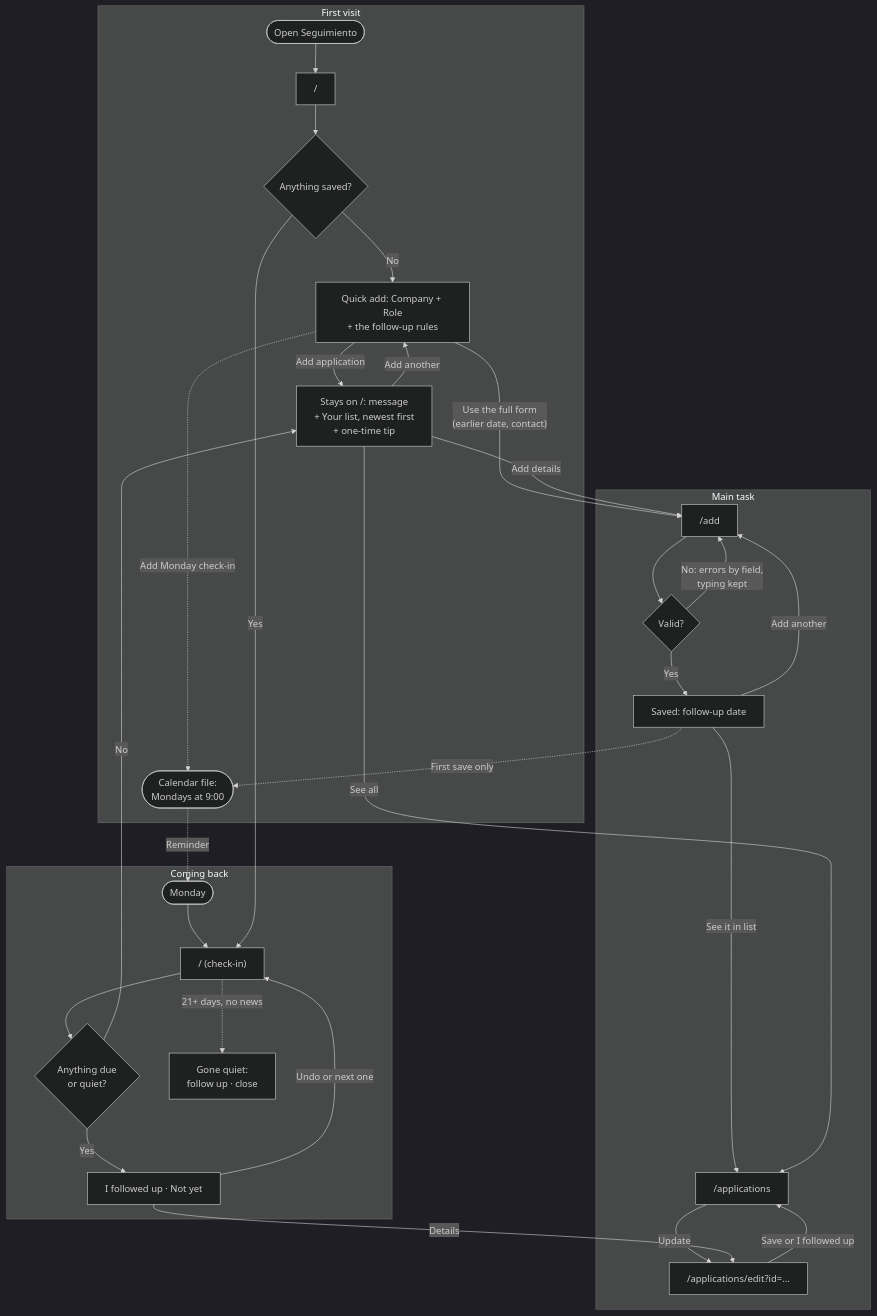
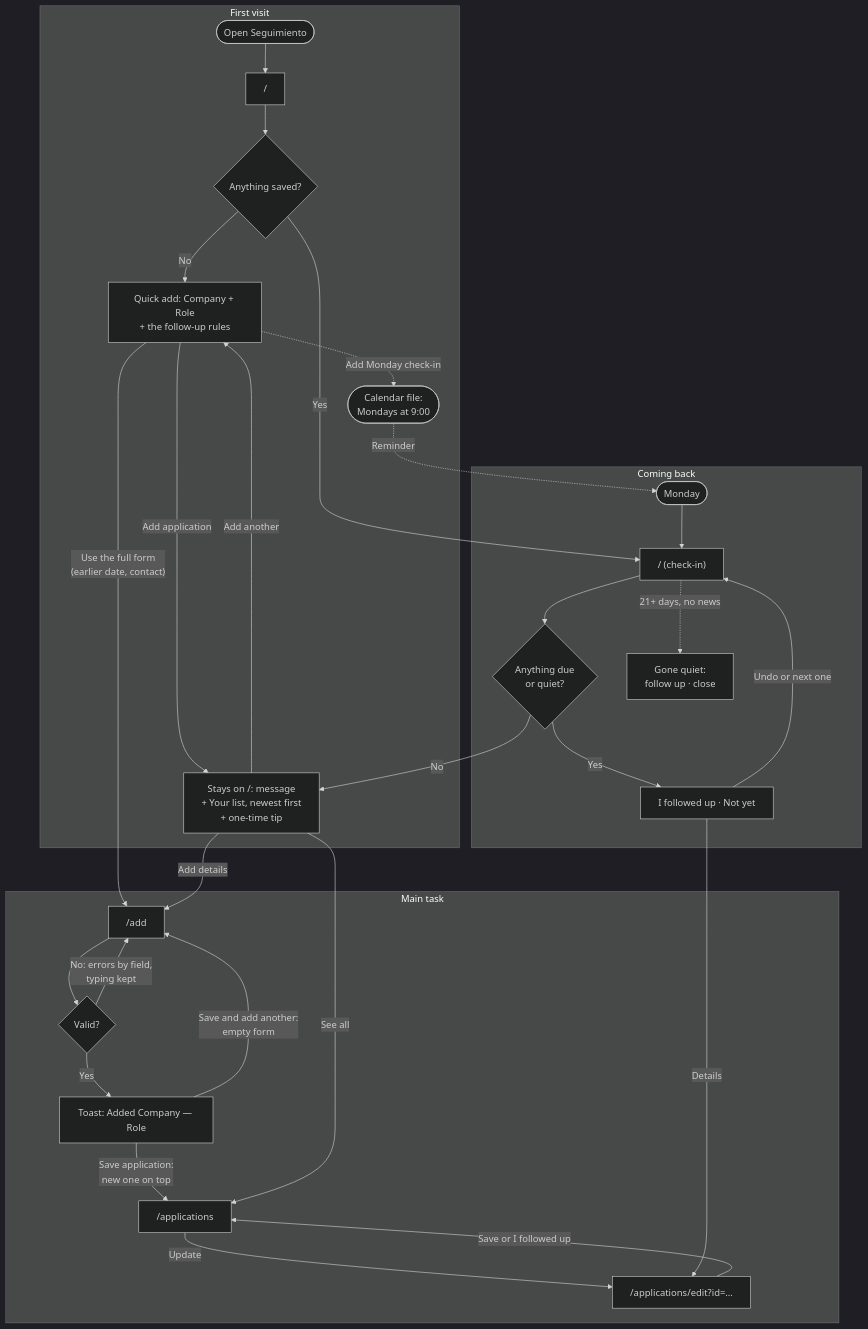
Before and after one commit to gmedranotorres/projectdbs: the diagram in a3-patterns-and-flows/README.md, drawn with Mermaid (dark theme). The commit also changed 5 other files, not shown here.

First line of the commit message:
A3: save application and confirm

````diff
--- a/a3-patterns-and-flows/README.md
+++ b/a3-patterns-and-flows/README.md
@@ -17,38 +17,37 @@
 ```mermaid
 flowchart TD
   subgraph first["First visit"]
     open(["Open Seguimiento"]) --> home["/"]
     home --> anything{"Anything saved?"}
     anything -- No --> empty["Quick add: Company + Role<br/>+ the follow-up rules"]
     empty -- "Add application" --> listed["Stays on /: message<br/>+ Your list, newest first<br/>+ one-time tip"]
     listed -- "Add another" --> empty
     empty -. "Add Monday check-in" .-> ics(["Calendar file:<br/>Mondays at 9:00"])
   end
 
   subgraph main["Main task"]
     add["/add"] --> valid{"Valid?"}
     valid -- "No: errors by field,<br/>typing kept" --> add
-    valid -- Yes --> saved["Saved: follow-up date"]
-    saved -- "Add another" --> add
-    saved -- "See it in list" --> list["/applications"]
+    valid -- Yes --> saved["Toast: Added Company — Role"]
+    saved -- "Save and add another:<br/>empty form" --> add
+    saved -- "Save application:<br/>new one on top" --> list["/applications"]
     list -- Update --> edit["/applications/edit?id=…"]
     edit -- "Save or I followed up" --> list
   end
 
   subgraph back["Coming back"]
     monday(["Monday"]) --> checkin["/ (check-in)"]
     checkin --> due{"Anything due<br/>or quiet?"}
     due -- Yes --> act["I followed up · Not yet"]
     act -- "Undo or next one" --> checkin
     checkin -. "21+ days, no news" .-> quiet["Gone quiet:<br/>follow up · close"]
   end
 
   empty -- "Use the full form<br/>(earlier date, contact)" --> add
   due -- No --> listed
   listed -- "See all" --> list
   listed -- "Add details" --> add
-  saved -. "First save only" .-> ics
   ics -. "Reminder" .-> monday
   anything -- Yes --> checkin
   act -- Details --> edit
 ```
````
